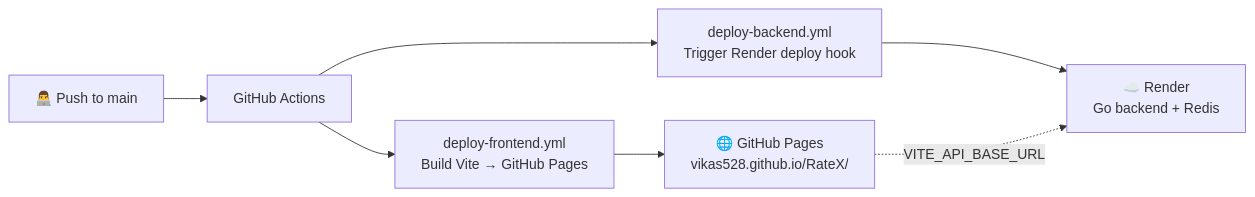
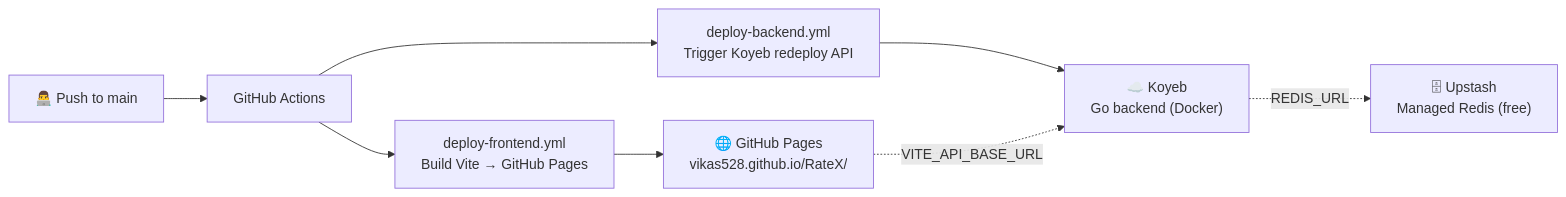
The eighth of 8 diagrams in README.md (vikas528/RateX), drawn with Mermaid before and after one commit. The commit also changed other lines of this file and 2 other files, not shown here.

Commit message:
ci: switch backend hosting from Render to Koyeb (no card required)

````diff
--- a/README.md
+++ b/README.md
@@ -438,9 +438,10 @@
 ```mermaid
 flowchart LR
     Dev["👨‍💻 Push to main"] --> GHA["GitHub Actions"]
     GHA --> FE["deploy-frontend.yml\nBuild Vite → GitHub Pages"]
-    GHA --> BE["deploy-backend.yml\nTrigger Render deploy hook"]
+    GHA --> BE["deploy-backend.yml\nTrigger Koyeb redeploy API"]
     FE --> GHP["🌐 GitHub Pages\nvikas528.github.io/RateX/"]
-    BE --> RND["☁️ Render\nGo backend + Redis"]
-    GHP -. "VITE_API_BASE_URL" .-> RND
+    BE --> KYB["☁️ Koyeb\nGo backend (Docker)"]
+    KYB -. "REDIS_URL" .-> UPS["🗄 Upstash\nManaged Redis (free)"]
+    GHP -. "VITE_API_BASE_URL" .-> KYB
 ```
````
